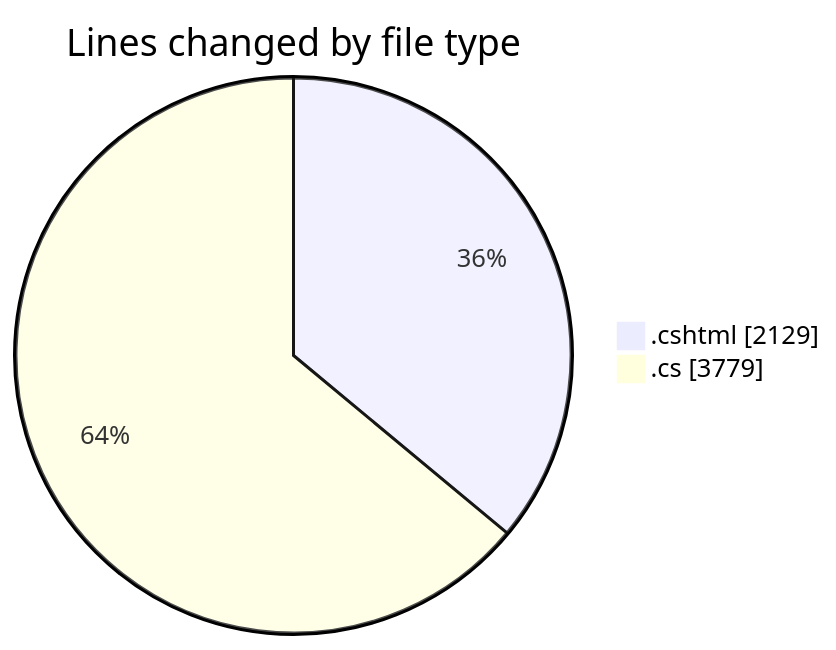
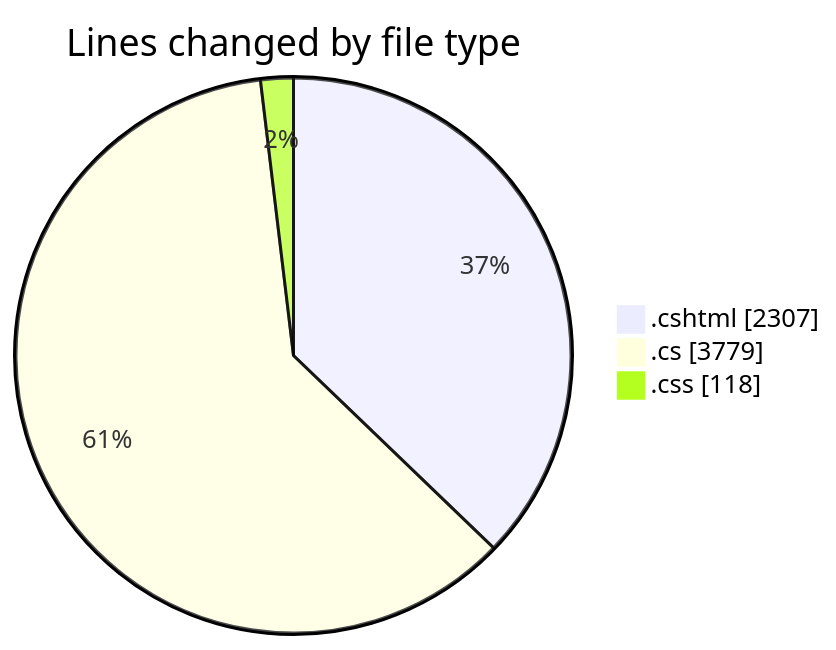
Before and after one commit to lephambinh05/code-tracking: the first of 2 diagrams in 2025-07-17/nhahang/README.md, drawn with Mermaid. The commit also changed other lines of this file and 1 other file, not shown here.

````diff
--- a/2025-07-17/nhahang/README.md
+++ b/2025-07-17/nhahang/README.md
@@ -92,6 +93,7 @@
 ```mermaid
 pie showData
 title Lines changed by file type
-".cshtml" : 2129
+".cshtml" : 2307
 ".cs" : 3779
+".css" : 118
 ```
````
